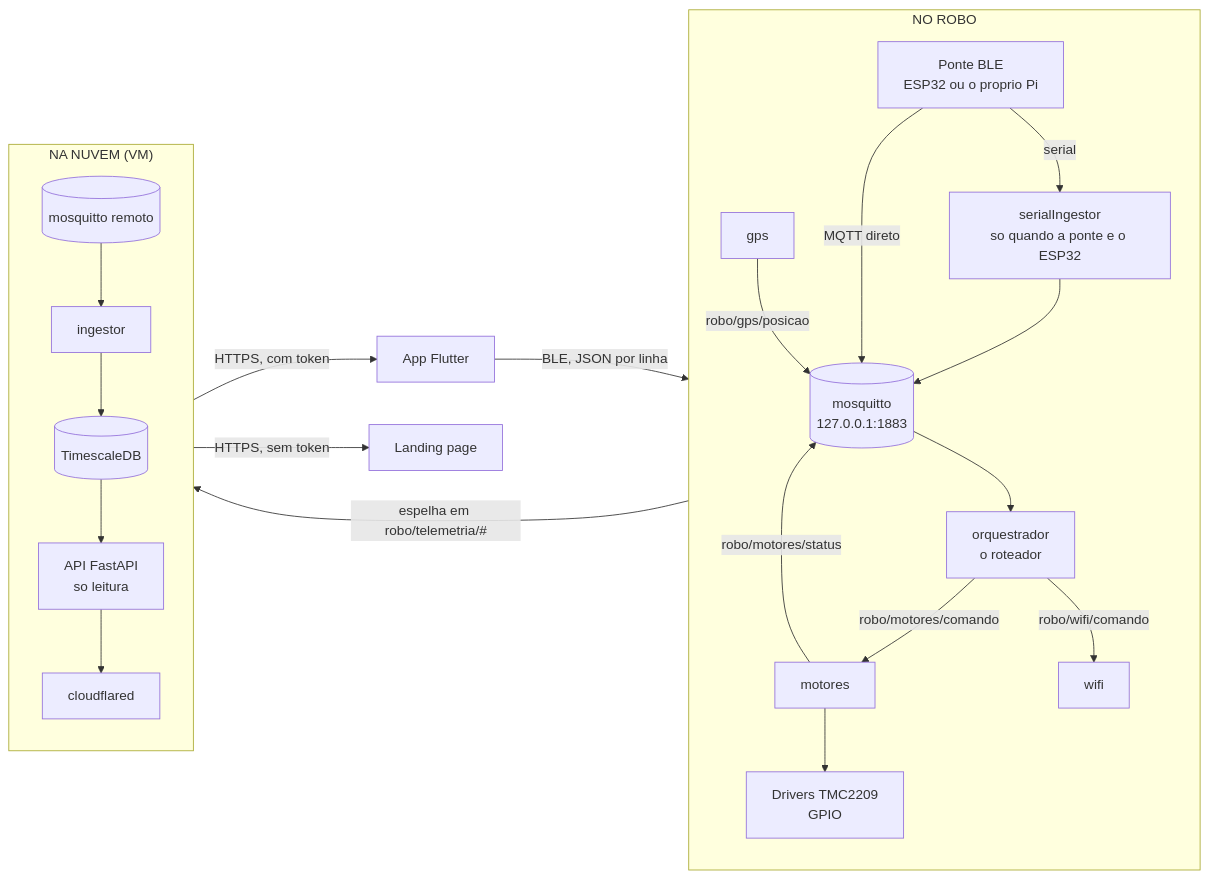
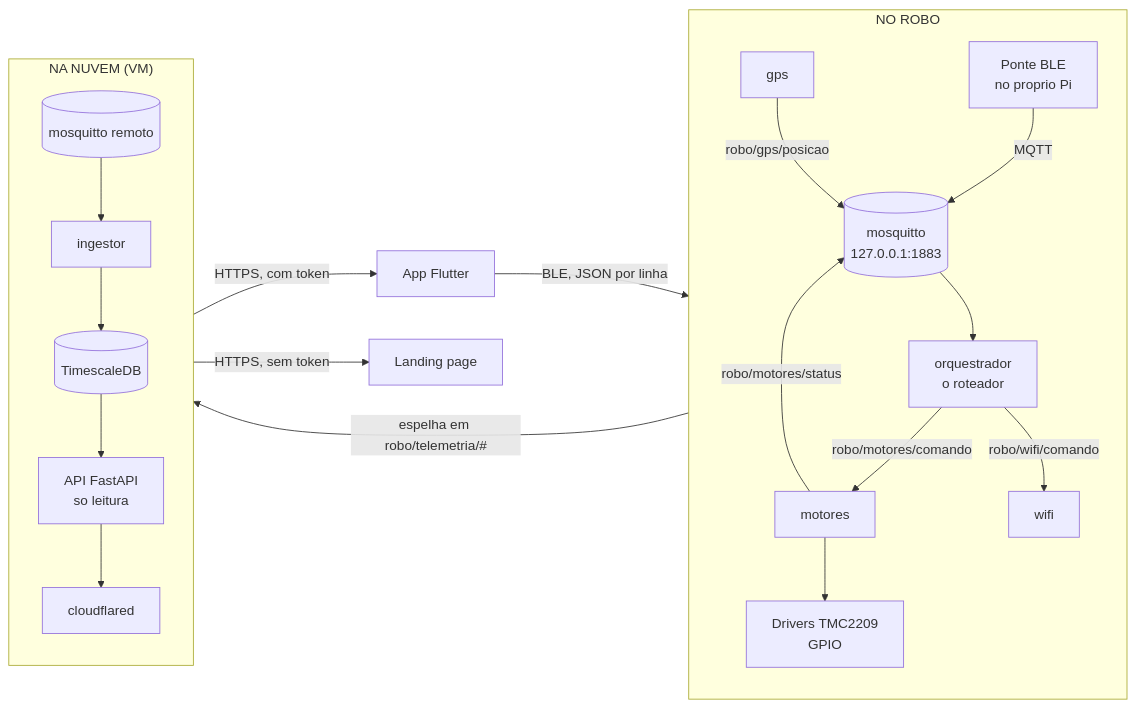
The first of 4 diagrams in COMO-FUNCIONA.md (setrem-robot/orquestrador), drawn with Mermaid before and after one commit. The commit also changed other lines of this file and 19 other files, not shown here.

First line of the commit message:
remove o ESP32 e o serial_ingestor: tudo centralizado no Pi

````diff
--- a/COMO-FUNCIONA.md
+++ b/COMO-FUNCIONA.md
@@ -35,43 +38,40 @@
 ```mermaid
 flowchart LR
     APP["App Flutter"]
 
     subgraph ROBO["NO ROBO"]
         direction TB
-        PONTE["Ponte BLE<br/>ESP32 ou o proprio Pi"]
-        ING["serialIngestor<br/>so quando a ponte e o ESP32"]
+        PONTE["Ponte BLE<br/>no proprio Pi"]
         BROKER[("mosquitto<br/>127.0.0.1:1883")]
         ORQ["orquestrador<br/>o roteador"]
         MOT["motores"]
         GPS["gps"]
         WIFI["wifi"]
         HW["Drivers TMC2209<br/>GPIO"]
     end
 
     subgraph NUVEM["NA NUVEM (VM)"]
         direction TB
         BRK2[("mosquitto remoto")]
         INGC["ingestor"]
         DB[("TimescaleDB")]
         API["API FastAPI<br/>so leitura"]
         TUNEL["cloudflared"]
     end
 
     SITE["Landing page"]
 
     APP -- "BLE, JSON por linha" --> PONTE
-    PONTE -- "serial" --> ING
-    ING --> BROKER
-    PONTE -- "MQTT direto" --> BROKER
+    PONTE -- "MQTT" --> BROKER
     BROKER --> ORQ
     ORQ -- "robo/motores/comando" --> MOT
     ORQ -- "robo/wifi/comando" --> WIFI
     MOT --> HW
     GPS -- "robo/gps/posicao" --> BROKER
     MOT -- "robo/motores/status" --> BROKER
     ORQ -- "espelha em robo/telemetria/#" --> BRK2
     BRK2 --> INGC --> DB
     DB --> API --> TUNEL
     TUNEL -- "HTTPS, com token" --> APP
     TUNEL -- "HTTPS, sem token" --> SITE
 ```
````
